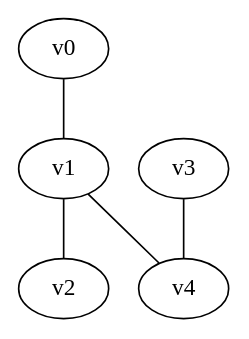
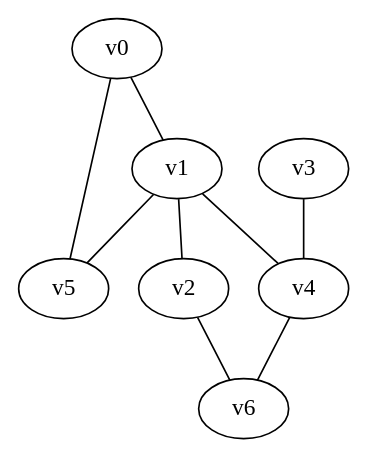
Before and after one commit to jo20046/graphen: the diagram in cmake-build-debug/aus_inzidenz.gv, drawn with Graphviz. The commit also changed 10 other files, not shown here.

```diff
--- a/cmake-build-debug/aus_inzidenz.gv
+++ b/cmake-build-debug/aus_inzidenz.gv
@@ -1,11 +1,17 @@
 graph {
   v0
   v1
   v2
   v3
   v4
+  v5
+  v6
   v0 -- v1
+  v0 -- v5
   v1 -- v2
   v1 -- v4
+  v1 -- v5
+  v2 -- v6
   v3 -- v4
+  v4 -- v6
 }
```
